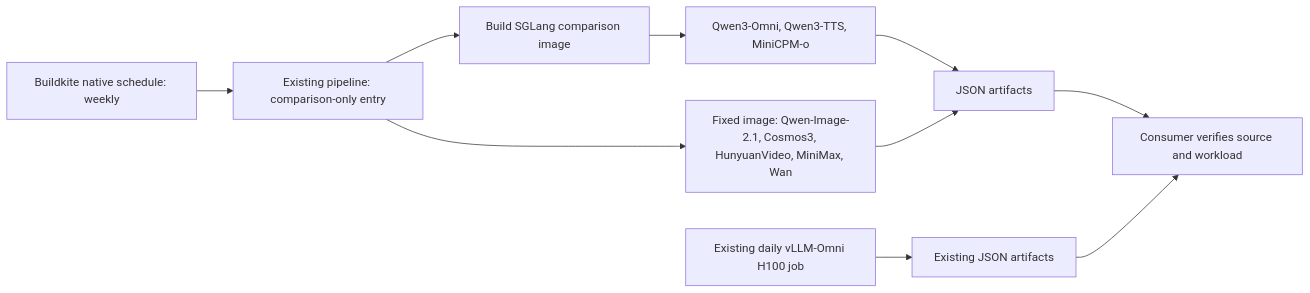
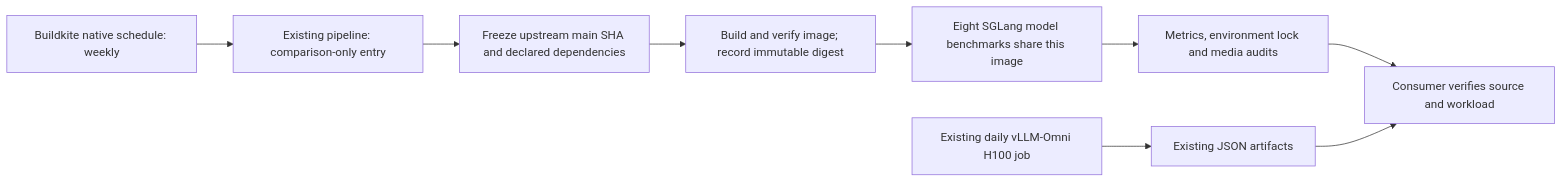
The diagram in docs/contributing/ci/backend_comparison.md (vllm-project/vllm-omni), drawn with Mermaid before and after one commit. The commit also changed other lines of this file and 14 other files, not shown here.

Commit message:
[CI/Build] Refresh weekly comparison from upstream main

````diff
--- a/docs/contributing/ci/backend_comparison.md
+++ b/docs/contributing/ci/backend_comparison.md
@@ -9,12 +10,11 @@
 ```mermaid
 flowchart LR
     S[Buildkite native schedule: weekly] --> P[Existing pipeline: comparison-only entry]
-    P --> I[Build SGLang comparison image]
-    I --> B[Qwen3-Omni, Qwen3-TTS, MiniCPM-o]
-    P --> D[Fixed image: Qwen-Image-2.1, Cosmos3, HunyuanVideo, MiniMax, Wan]
-    B --> A[JSON artifacts]
-    D --> A
+    P --> R[Freeze upstream main SHA and declared dependencies]
+    R --> I[Build and verify image; record immutable digest]
+    I --> B[Eight SGLang model benchmarks share this image]
+    B --> A[Metrics, environment lock and media audits]
     N[Existing daily vLLM-Omni H100 job] --> V[Existing JSON artifacts]
     A --> C[Consumer verifies source and workload]
     V --> C
 ```
````
